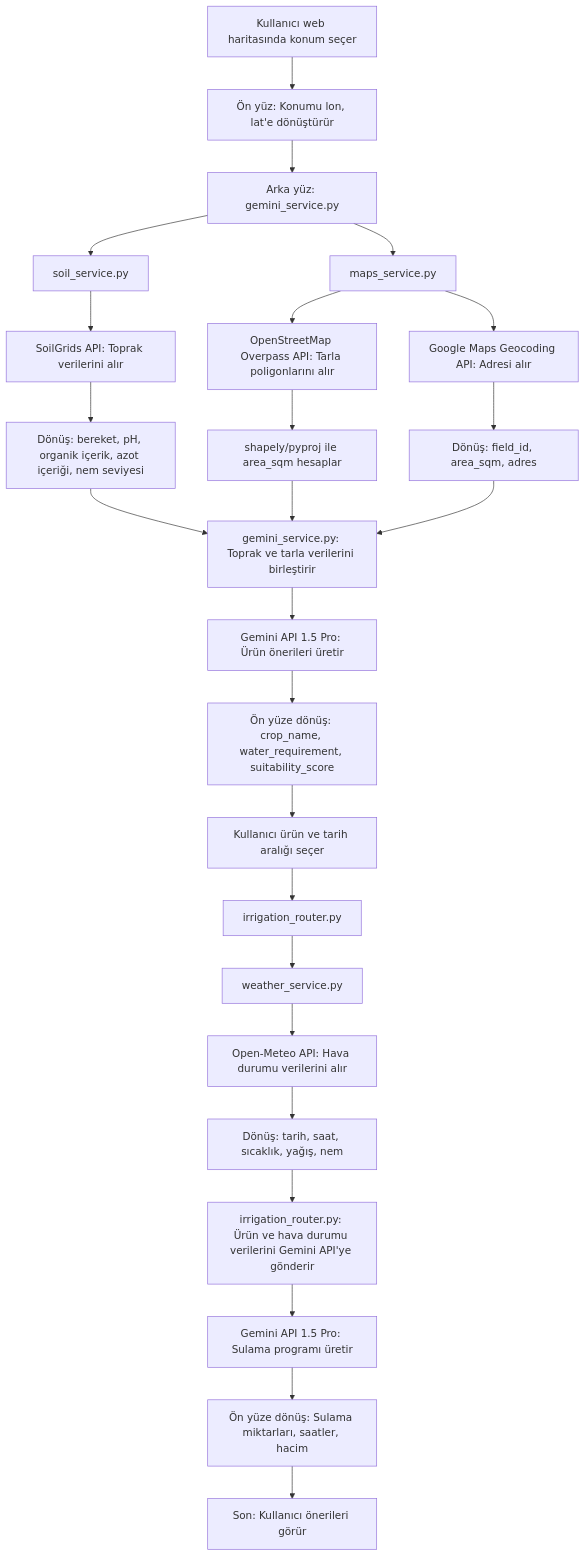
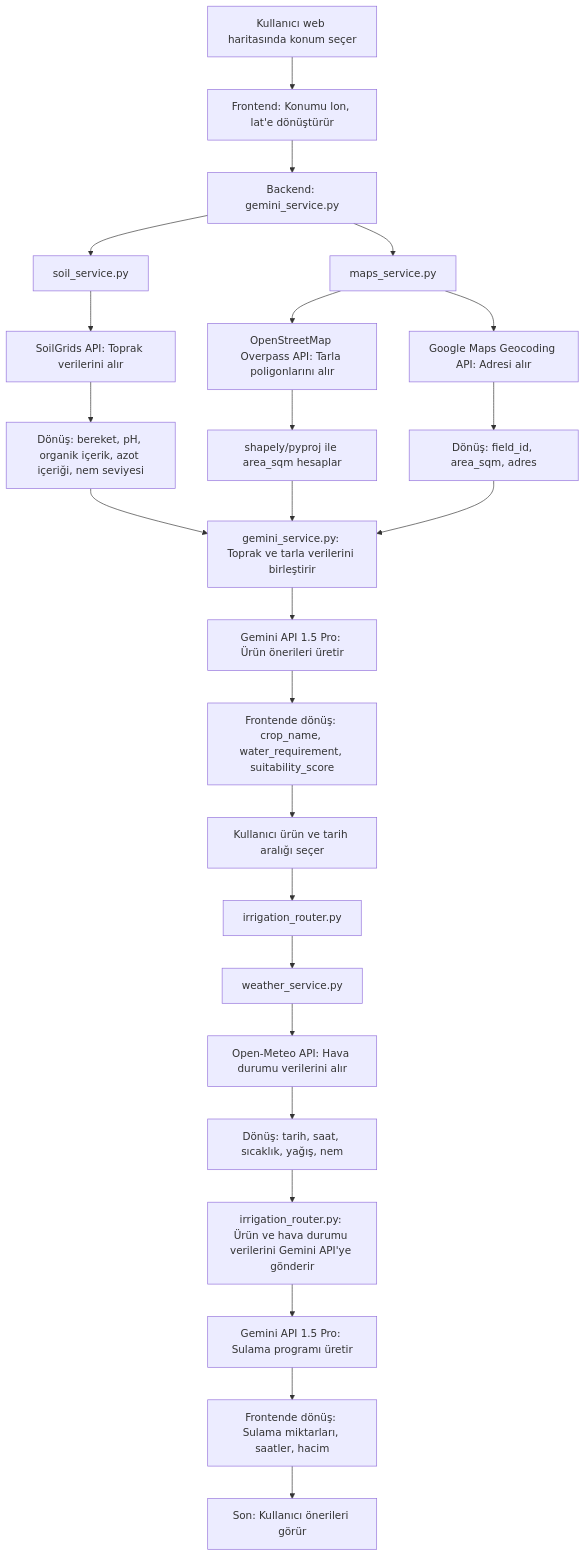
The diagram in README.md (nicefaa6waa/Acua), drawn with Mermaid before and after one commit. The commit also changed other lines of this file, not shown here.

````diff
--- a/README.md
+++ b/README.md
@@ -97,27 +97,27 @@
 ```mermaid
 graph TD
-    A[Kullanıcı web haritasında konum seçer] --> B[Ön yüz: Konumu lon, lat'e dönüştürür]
-    B --> C[Arka yüz: gemini_service.py]
+    A[Kullanıcı web haritasında konum seçer] --> B[Frontend: Konumu lon, lat'e dönüştürür]
+    B --> C[Backend: gemini_service.py]
     C --> D[soil_service.py]
     C --> E[maps_service.py]
     D --> F[SoilGrids API: Toprak verilerini alır]
     E --> G[OpenStreetMap Overpass API: Tarla poligonlarını alır]
     E --> H[Google Maps Geocoding API: Adresi alır]
     F --> I[Dönüş: bereket, pH, organik içerik, azot içeriği, nem seviyesi]
     G --> J[shapely/pyproj ile area_sqm hesaplar]
     H --> K[Dönüş: field_id, area_sqm, adres]
     I --> L[gemini_service.py: Toprak ve tarla verilerini birleştirir]
     J --> L
     K --> L
     L --> M[Gemini API 1.5 Pro: Ürün önerileri üretir]
-    M --> N[Ön yüze dönüş: crop_name, water_requirement, suitability_score]
+    M --> N[Frontende dönüş: crop_name, water_requirement, suitability_score]
     N --> O[Kullanıcı ürün ve tarih aralığı seçer]
     O --> P[irrigation_router.py]
     P --> Q[weather_service.py]
     Q --> R[Open-Meteo API: Hava durumu verilerini alır]
     R --> S[Dönüş: tarih, saat, sıcaklık, yağış, nem]
     S --> T[irrigation_router.py: Ürün ve hava durumu verilerini Gemini API'ye gönderir]
     T --> U[Gemini API 1.5 Pro: Sulama programı üretir]
-    U --> V[Ön yüze dönüş: Sulama miktarları, saatler, hacim]
+    U --> V[Frontende dönüş: Sulama miktarları, saatler, hacim]
     V --> W[Son: Kullanıcı önerileri görür]
 ```
````
